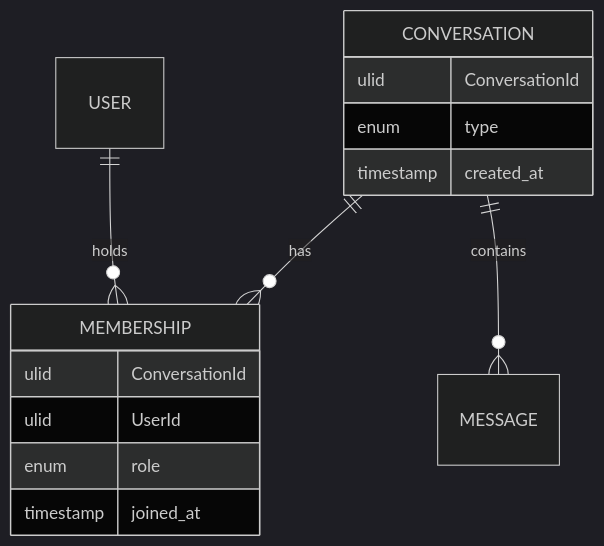
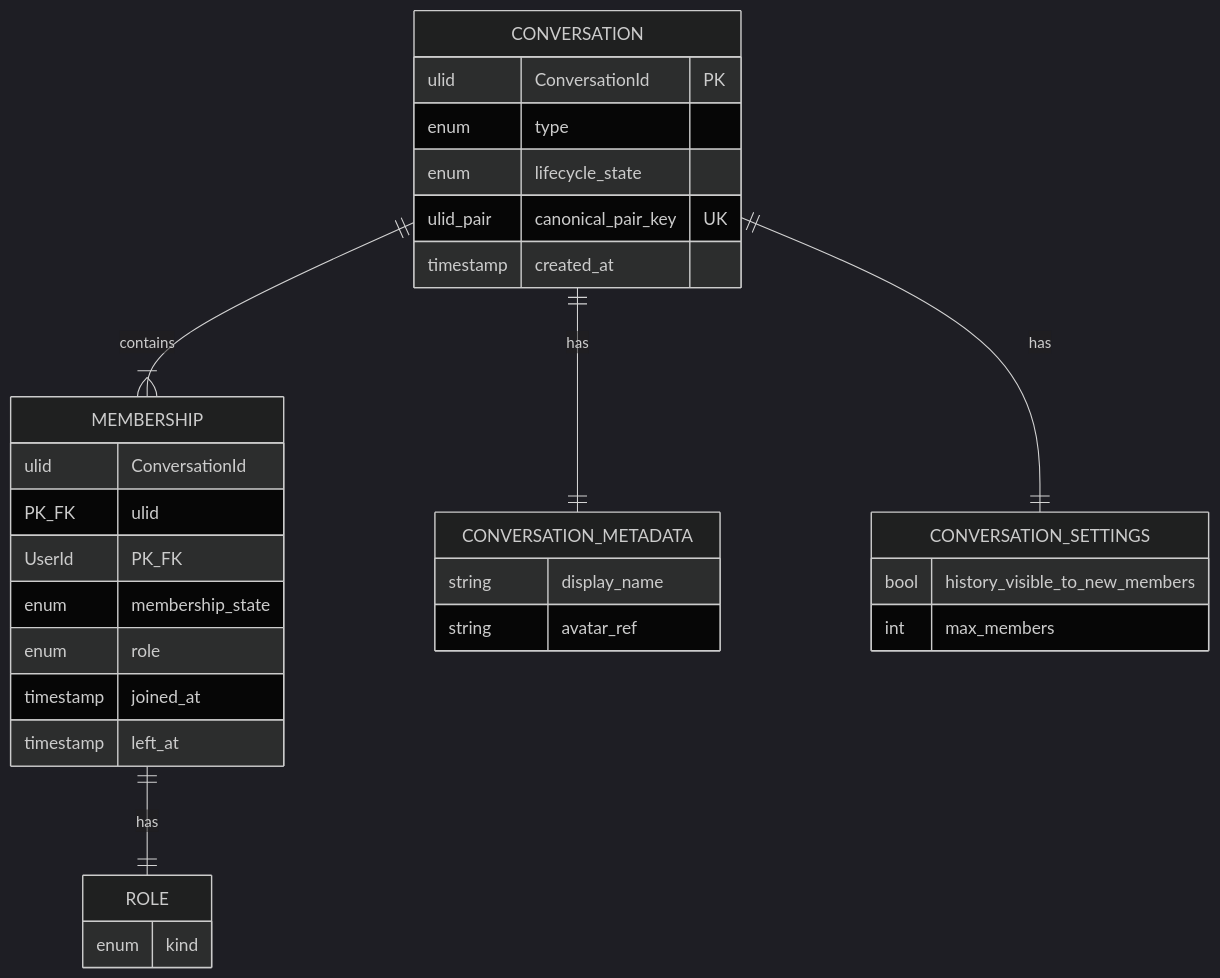
The second of 4 diagrams in docs/architecture-decisions/AD-007-conversation-model.md (mohamedAbdelhamed03/ChatSolution), drawn with Mermaid (dark theme) before and after one commit. The commit also changed other lines of this file and 14 other files, not shown here.

First line of the commit message:
docs(architecture): finalize AD-007 with lifecycle and invariant amendments

````diff
--- a/docs/architecture-decisions/AD-007-conversation-model.md
+++ b/docs/architecture-decisions/AD-007-conversation-model.md
@@ -78,17 +136,33 @@
 ```mermaid
 erDiagram
-    CONVERSATION ||--o{ MEMBERSHIP : has
-    CONVERSATION ||--o{ MESSAGE : contains
-    USER ||--o{ MEMBERSHIP : holds
+    CONVERSATION ||--|{ MEMBERSHIP : contains
+    CONVERSATION ||--|| CONVERSATION_METADATA : has
+    CONVERSATION ||--|| CONVERSATION_SETTINGS : has
+    MEMBERSHIP ||--|| ROLE : has
     CONVERSATION {
-        ulid ConversationId
+        ulid ConversationId PK
         enum type
+        enum lifecycle_state
+        ulid_pair canonical_pair_key UK
         timestamp created_at
     }
     MEMBERSHIP {
-        ulid ConversationId
-        ulid UserId
+        ulid ConversationId PK_FK
+        ulid UserId PK_FK
+        enum membership_state
         enum role
         timestamp joined_at
+        timestamp left_at
+    }
+    ROLE {
+        enum kind
+    }
+    CONVERSATION_METADATA {
+        string display_name
+        string avatar_ref
+    }
+    CONVERSATION_SETTINGS {
+        bool history_visible_to_new_members
+        int max_members
     }
 ```
````
